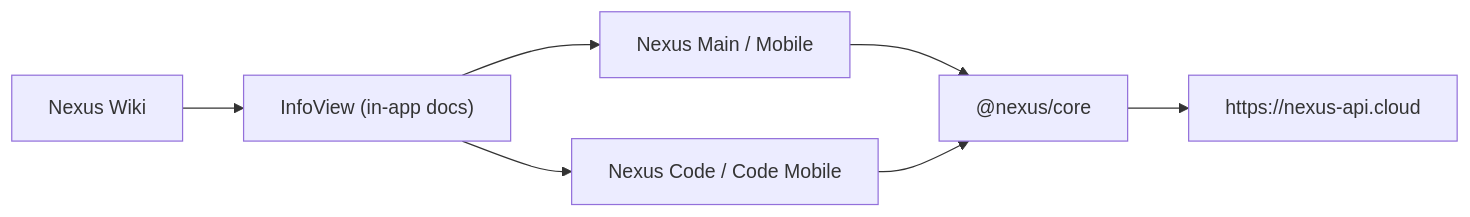
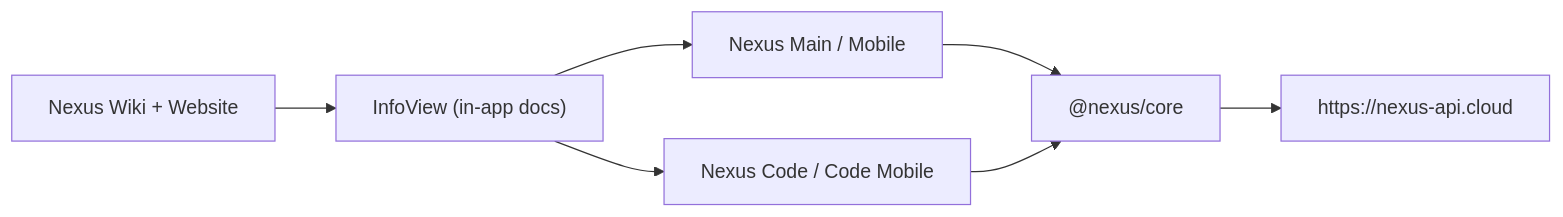
One commit to YoungJibbit95/Nexus-Ecosystem changed the diagram in README.md. Above: the diagram before and after it, drawn with Mermaid. The commit also changed other lines of this file and 88 other files, not shown here.

````diff
--- a/README.md
+++ b/README.md
@@ -23,9 +48,9 @@
 ```mermaid
 flowchart LR
   A["Nexus Main / Mobile"] --> C["@nexus/core"]
   B["Nexus Code / Code Mobile"] --> C
   C --> D["https://nexus-api.cloud"]
   E["InfoView (in-app docs)"] --> A
   E --> B
-  F["Nexus Wiki"] --> E
+  F["Nexus Wiki + Website"] --> E
 ```
````
